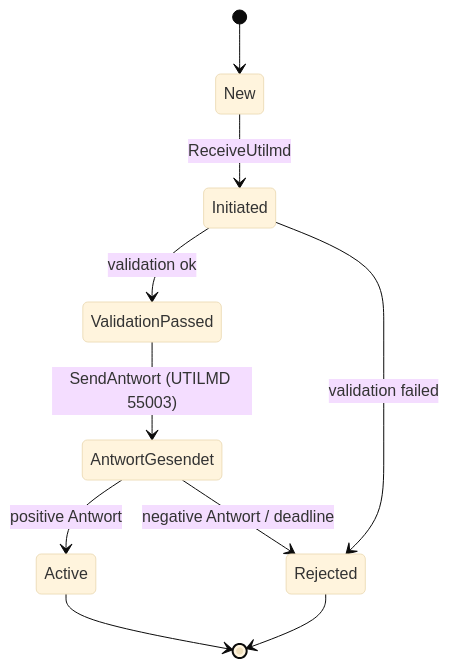
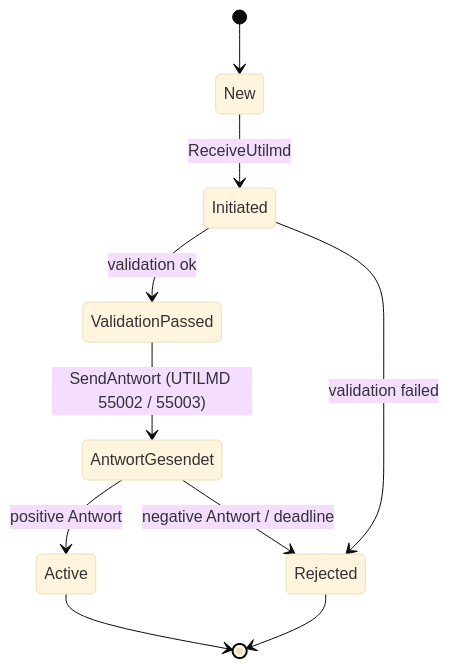
The second of 4 diagrams in site/content/docs/architecture/engine.md (hupe1980/mako), drawn with Mermaid (base theme) before and after one commit. The commit also changed other lines of this file and 1091 other files, not shown here.

````diff
--- a/site/content/docs/architecture/engine.md
+++ b/site/content/docs/architecture/engine.md
@@ -134,12 +161,12 @@
 ```mermaid
 stateDiagram-v2
     [*] --> New
     New --> Initiated: ReceiveUtilmd
     Initiated --> ValidationPassed: validation ok
     Initiated --> Rejected: validation failed
-    ValidationPassed --> AntwortGesendet: SendAntwort (UTILMD 55003)
+    ValidationPassed --> AntwortGesendet: SendAntwort (UTILMD 55002 / 55003)
     AntwortGesendet --> Active: positive Antwort
     AntwortGesendet --> Rejected: negative Antwort / deadline
     Active --> [*]
     Rejected --> [*]
 ```
````
